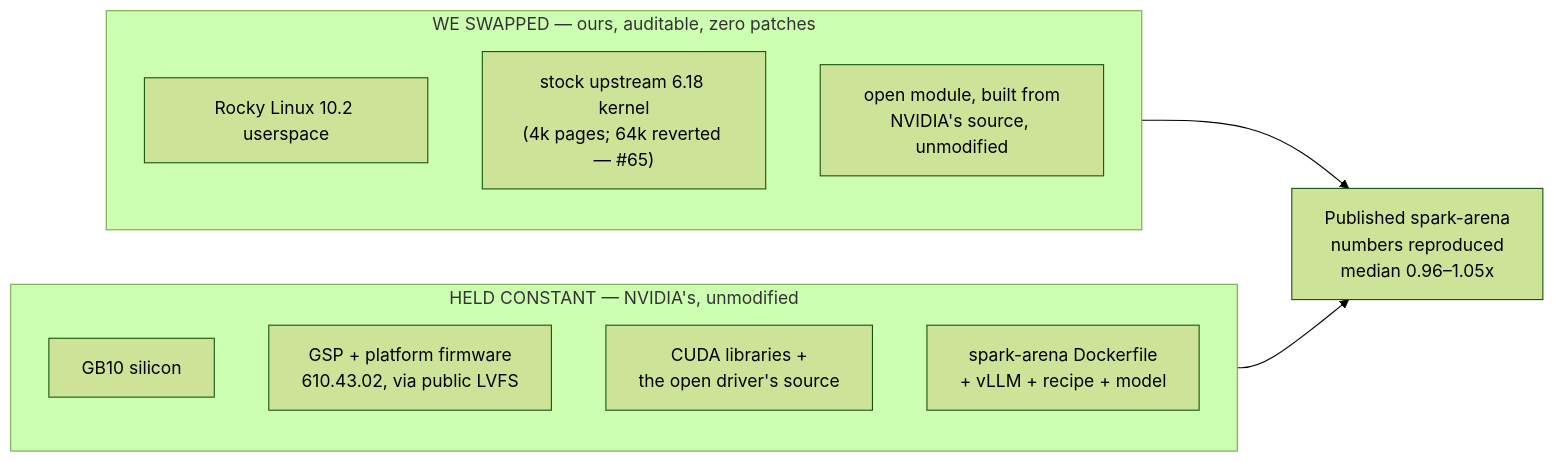
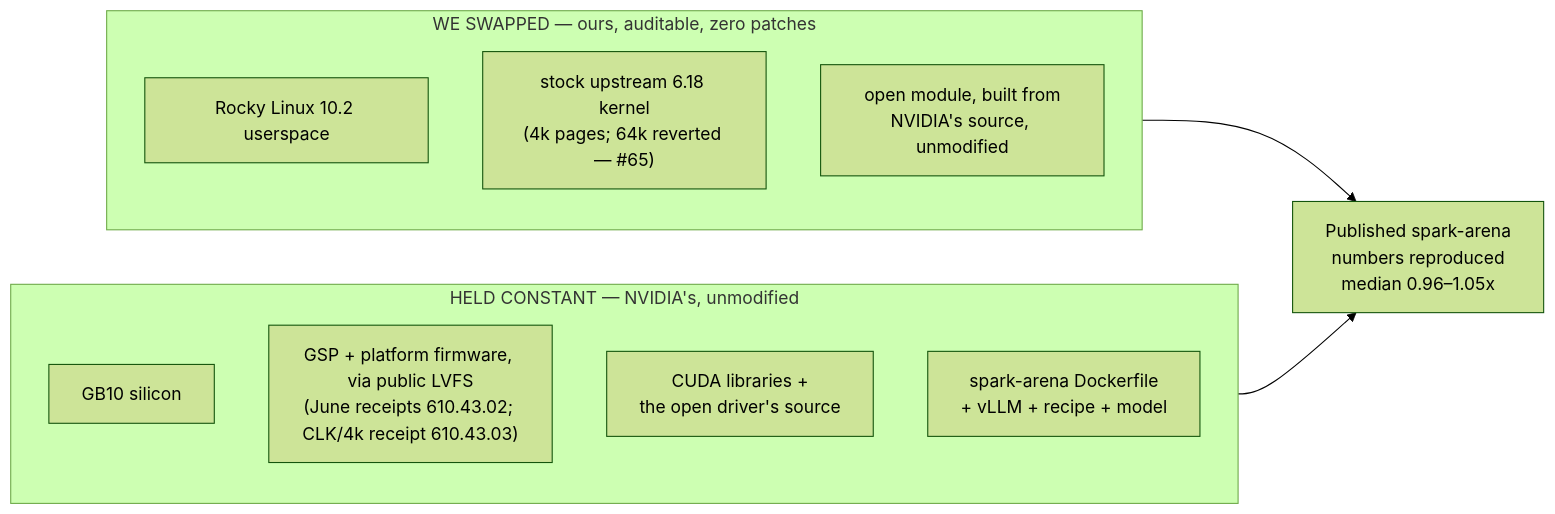
One commit to maxspevack/spark-rocky changed the diagram in docs/benchmark/proof.md. Above: the diagram before and after it, drawn with Mermaid (forest theme). The commit also changed other lines of this file and 10 other files, not shown here.

````diff
--- a/docs/benchmark/proof.md
+++ b/docs/benchmark/proof.md
@@ -28,18 +28,18 @@
 ```mermaid
 graph LR
     subgraph held["HELD CONSTANT — NVIDIA's, unmodified"]
         direction TB
         A["GB10 silicon"]
-        B["GSP + platform firmware<br/>610.43.02, via public LVFS"]
+        B["GSP + platform firmware, via public LVFS<br/>(June receipts 610.43.02; CLK/4k receipt 610.43.03)"]
         C["CUDA libraries +<br/>the open driver's source"]
         D["spark-arena Dockerfile<br/>+ vLLM + recipe + model"]
     end
     subgraph swapped["WE SWAPPED — ours, auditable, zero patches"]
         direction TB
         E["Rocky Linux 10.2 userspace"]
         F["stock upstream 6.18 kernel<br/>(4k pages; 64k reverted — #65)"]
         G["open module, built from<br/>NVIDIA's source, unmodified"]
     end
     swapped --> R["Published spark-arena<br/>numbers reproduced<br/>median 0.96–1.05x"]
     held --> R
 ```
````
